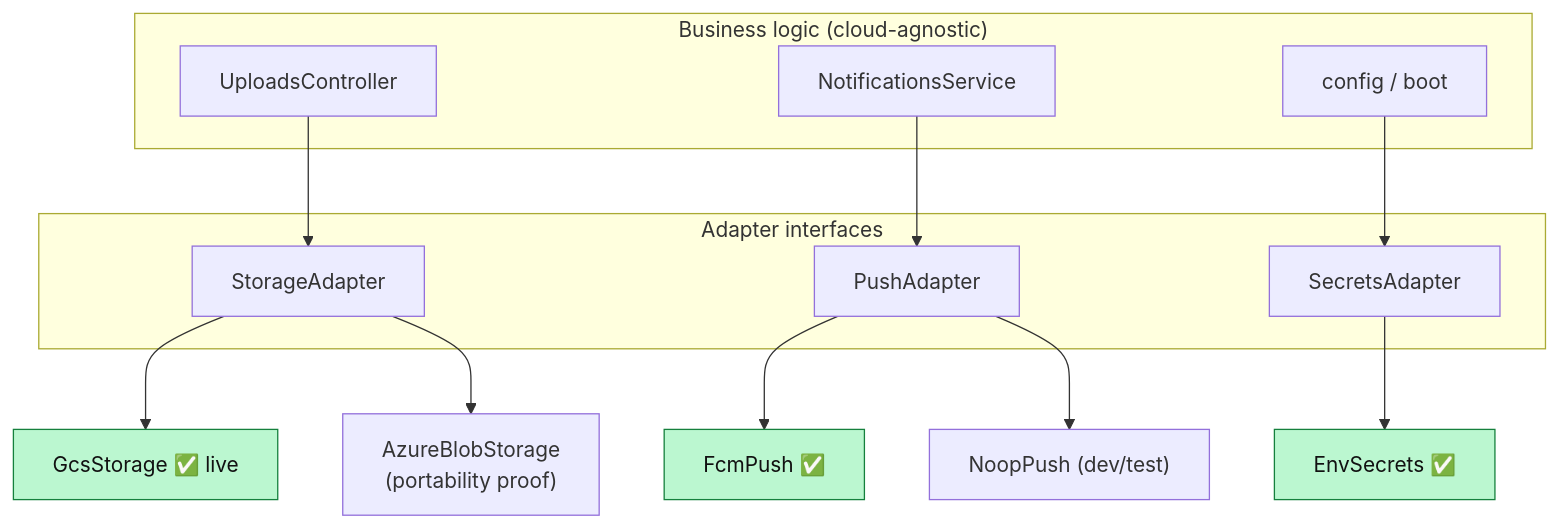
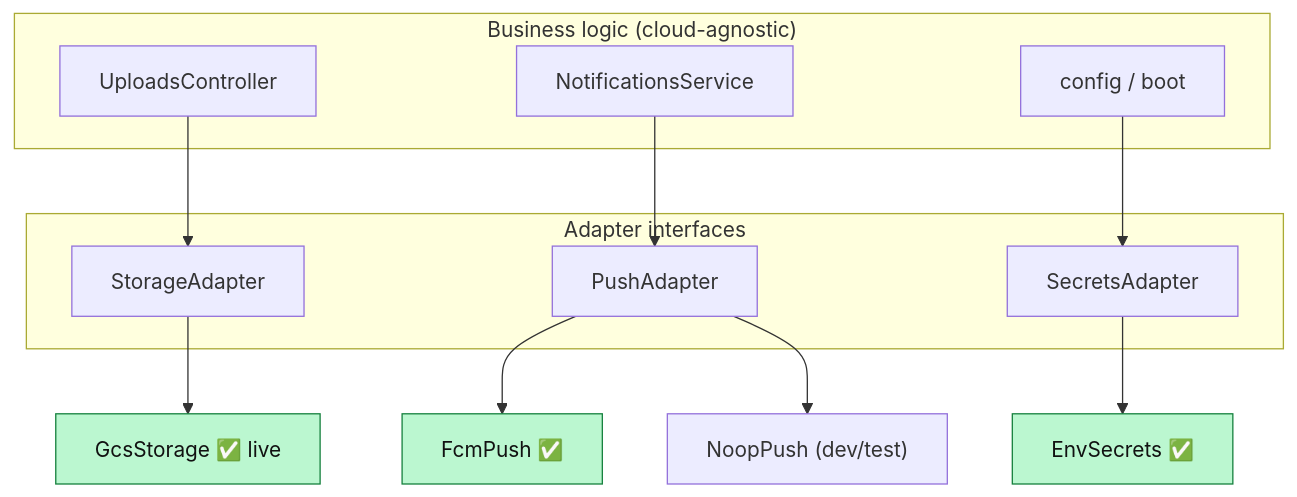
One commit to unnfazzed/Lynia changed diagram 13 of 16 in docs/ARCHITECTURE.md. Above: the diagram before and after it, drawn with Mermaid. The commit also changed other lines of this file and 18 other files, not shown here.

First line of the commit message:
refactor(storage): remove the Azure portability proof — GCS-only behind the D7 seam

````diff
--- a/docs/ARCHITECTURE.md
+++ b/docs/ARCHITECTURE.md
@@ -839,27 +839,26 @@
 ```mermaid
 graph TB
     subgraph domain["Business logic (cloud-agnostic)"]
         up["UploadsController"]
         notif["NotificationsService"]
         cfg["config / boot"]
     end
 
     subgraph seams["Adapter interfaces"]
         si["StorageAdapter"]
         pi["PushAdapter"]
         sec["SecretsAdapter"]
     end
 
     up --> si
     notif --> pi
     cfg --> sec
 
     si --> gcs["GcsStorage ✅ live"]
-    si --> az["AzureBlobStorage<br/>(portability proof)"]
     pi --> fcm["FcmPush ✅"]
     pi --> noop["NoopPush (dev/test)"]
     sec --> envsec["EnvSecrets ✅"]
 
     classDef live fill:#bbf7d0,stroke:#15803d,color:#111;
     class gcs,fcm,envsec live;
 ```
````
